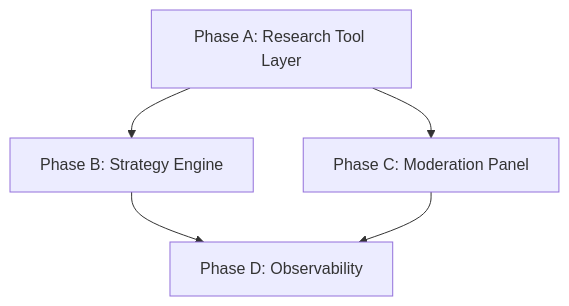
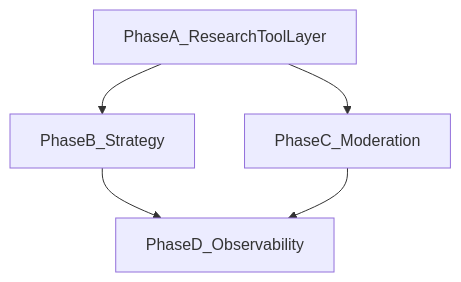
The diagram in docs/AGENTIC_RESEARCH.md (zenouz-ai/zeninvest), drawn with Mermaid before and after one commit. The commit also changed other lines of this file and 25 other files, not shown here.

````diff
--- a/docs/AGENTIC_RESEARCH.md
+++ b/docs/AGENTIC_RESEARCH.md
@@ -504,7 +532,7 @@
 ```mermaid
 flowchart TD
-    A[Phase A: Research Tool Layer] --> B[Phase B: Strategy Engine]
-    A --> C[Phase C: Moderation Panel]
-    B --> D[Phase D: Observability]
-    C --> D
+    phaseA[PhaseA_ResearchToolLayer] --> phaseB[PhaseB_Strategy]
+    phaseA --> phaseC[PhaseC_Moderation]
+    phaseB --> phaseD[PhaseD_Observability]
+    phaseC --> phaseD
 ```
````
